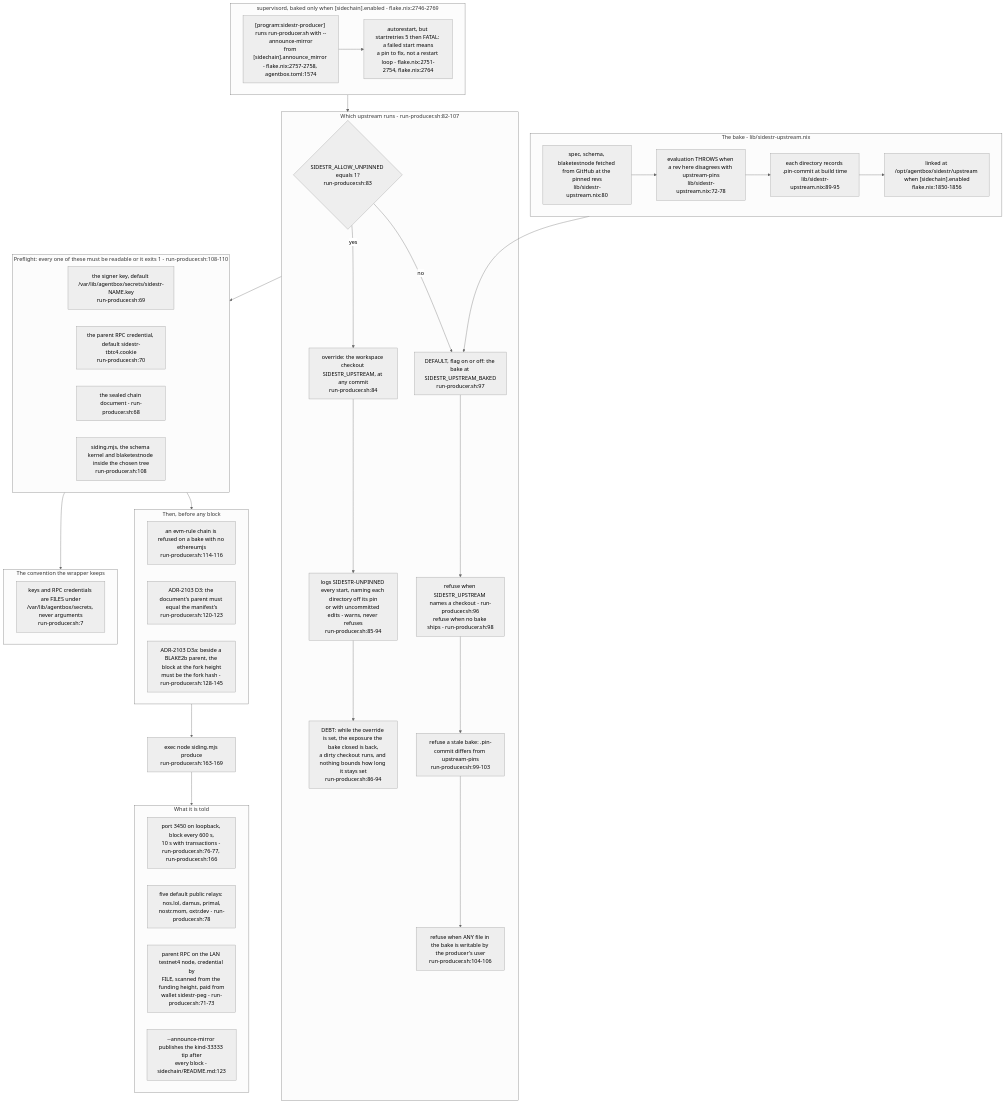
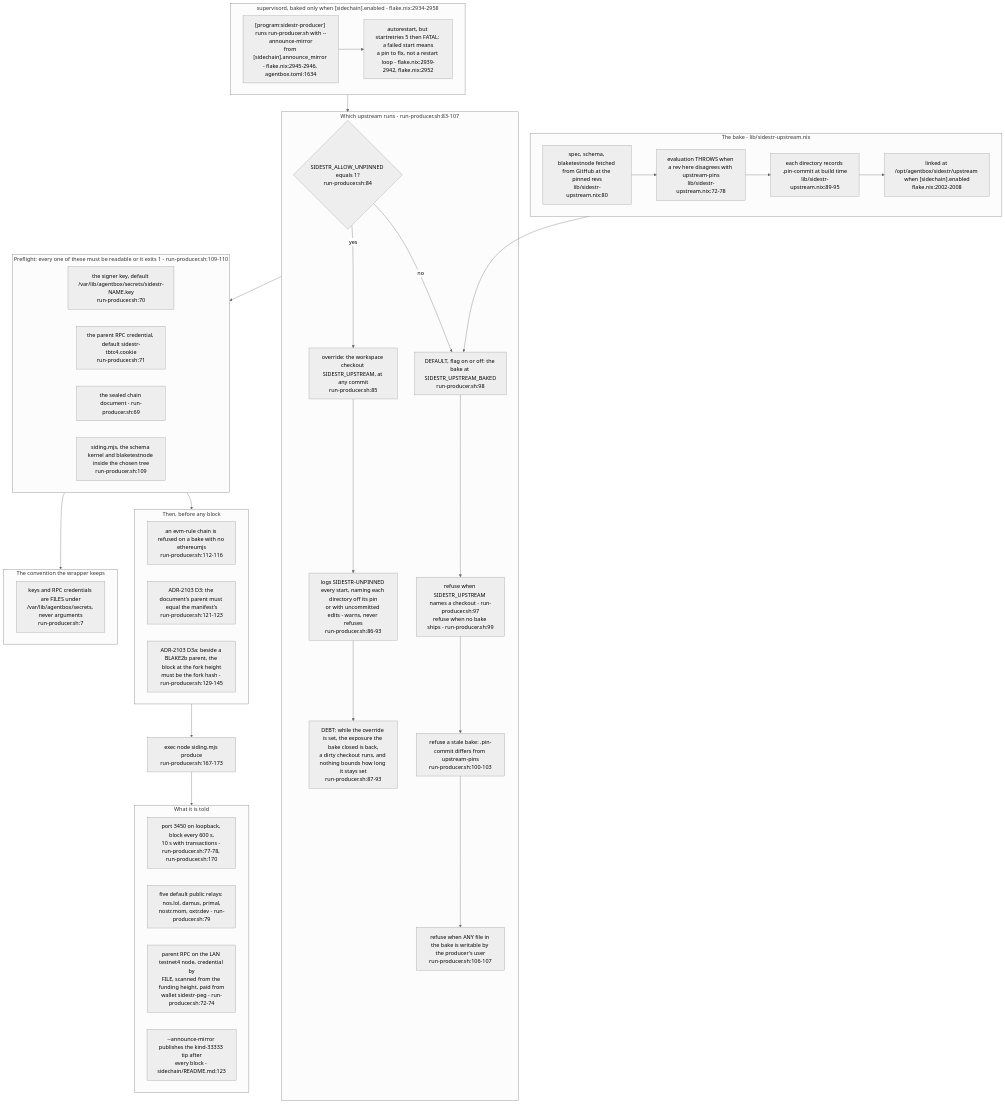
Before and after one commit to DreamLab-AI/VisionFlow: the first of 6 diagrams in docs/diagrams/agentbox/34-sidestr-interim-producer-and-mirror.md, drawn with Mermaid (neutral theme). The commit also changed other lines of this file and 111 other files, not shown here.

Commit message:
docs(diagrams): align estate maps with current source

````diff
--- a/docs/diagrams/agentbox/34-sidestr-interim-producer-and-mirror.md
+++ b/docs/diagrams/agentbox/34-sidestr-interim-producer-and-mirror.md
@@ -46,54 +46,54 @@
 ```mermaid
 flowchart TB
-    subgraph sup["supervisord, baked only when [sidechain].enabled - flake.nix:2746-2769"]
-        SP["[program:sidestr-producer] runs run-producer.sh with --announce-mirror<br/>from [sidechain].announce_mirror - flake.nix:2757-2758, agentbox.toml:1574"]
-        SR["autorestart, but startretries 5 then FATAL: a failed start means<br/>a pin to fix, not a restart loop - flake.nix:2751-2754, flake.nix:2764"]
+    subgraph sup["supervisord, baked only when [sidechain].enabled - flake.nix:2934-2958"]
+        SP["[program:sidestr-producer] runs run-producer.sh with --announce-mirror<br/>from [sidechain].announce_mirror - flake.nix:2945-2946, agentbox.toml:1634"]
+        SR["autorestart, but startretries 5 then FATAL: a failed start means<br/>a pin to fix, not a restart loop - flake.nix:2939-2942, flake.nix:2952"]
         SP --> SR
     end
     subgraph bake["The bake - lib/sidestr-upstream.nix"]
         B1["spec, schema, blaketestnode fetched from GitHub at the pinned revs<br/>lib/sidestr-upstream.nix:80"]
         B2["evaluation THROWS when a rev here disagrees with upstream-pins<br/>lib/sidestr-upstream.nix:72-78"]
         B3["each directory records .pin-commit at build time<br/>lib/sidestr-upstream.nix:89-95"]
-        B4["linked at /opt/agentbox/sidestr/upstream when [sidechain].enabled<br/>flake.nix:1850-1856"]
+        B4["linked at /opt/agentbox/sidestr/upstream when [sidechain].enabled<br/>flake.nix:2002-2008"]
         B1 --> B2 --> B3 --> B4
     end
-    subgraph pick["Which upstream runs - run-producer.sh:82-107"]
-        D{"SIDESTR_ALLOW_UNPINNED equals 1?<br/>run-producer.sh:83"}
-        BK["DEFAULT, flag on or off: the bake at SIDESTR_UPSTREAM_BAKED<br/>run-producer.sh:97"]
-        BK1["refuse when SIDESTR_UPSTREAM names a checkout - run-producer.sh:96<br/>refuse when no bake ships - run-producer.sh:98"]
-        BK2["refuse a stale bake: .pin-commit differs from upstream-pins<br/>run-producer.sh:99-103"]
-        BK3["refuse when ANY file in the bake is writable by the producer's user<br/>run-producer.sh:104-106"]
-        UN["override: the workspace checkout SIDESTR_UPSTREAM, at any commit<br/>run-producer.sh:84"]
-        UN1["logs SIDESTR-UNPINNED every start, naming each directory off its pin<br/>or with uncommitted edits - warns, never refuses<br/>run-producer.sh:85-94"]
-        UN2["DEBT: while the override is set, the exposure the bake closed is back,<br/>a dirty checkout runs, and nothing bounds how long it stays set<br/>run-producer.sh:86-94"]
+    subgraph pick["Which upstream runs - run-producer.sh:83-107"]
+        D{"SIDESTR_ALLOW_UNPINNED equals 1?<br/>run-producer.sh:84"}
+        BK["DEFAULT, flag on or off: the bake at SIDESTR_UPSTREAM_BAKED<br/>run-producer.sh:98"]
+        BK1["refuse when SIDESTR_UPSTREAM names a checkout - run-producer.sh:97<br/>refuse when no bake ships - run-producer.sh:99"]
+        BK2["refuse a stale bake: .pin-commit differs from upstream-pins<br/>run-producer.sh:100-103"]
+        BK3["refuse when ANY file in the bake is writable by the producer's user<br/>run-producer.sh:106-107"]
+        UN["override: the workspace checkout SIDESTR_UPSTREAM, at any commit<br/>run-producer.sh:85"]
+        UN1["logs SIDESTR-UNPINNED every start, naming each directory off its pin<br/>or with uncommitted edits - warns, never refuses<br/>run-producer.sh:86-93"]
+        UN2["DEBT: while the override is set, the exposure the bake closed is back,<br/>a dirty checkout runs, and nothing bounds how long it stays set<br/>run-producer.sh:87-93"]
         UN1 --> UN2
         D -->|no| BK --> BK1 --> BK2 --> BK3
         D -->|yes| UN --> UN1
     end
-    subgraph pre["Preflight: every one of these must be readable or it exits 1 - run-producer.sh:108-110"]
-        P1["the signer key, default /var/lib/agentbox/secrets/sidestr-NAME.key<br/>run-producer.sh:69"]
-        P2["the parent RPC credential, default sidestr-tbtc4.cookie<br/>run-producer.sh:70"]
-        P3["the sealed chain document - run-producer.sh:68"]
-        P4["siding.mjs, the schema kernel and blaketestnode inside the chosen tree<br/>run-producer.sh:108"]
+    subgraph pre["Preflight: every one of these must be readable or it exits 1 - run-producer.sh:109-110"]
+        P1["the signer key, default /var/lib/agentbox/secrets/sidestr-NAME.key<br/>run-producer.sh:70"]
+        P2["the parent RPC credential, default sidestr-tbtc4.cookie<br/>run-producer.sh:71"]
+        P3["the sealed chain document - run-producer.sh:69"]
+        P4["siding.mjs, the schema kernel and blaketestnode inside the chosen tree<br/>run-producer.sh:109"]
     end
     subgraph gates["Then, before any block"]
-        G1["an evm-rule chain is refused on a bake with no ethereumjs<br/>run-producer.sh:114-116"]
-        G2["ADR-2103 D3: the document's parent must equal the manifest's<br/>run-producer.sh:120-123"]
-        G3["ADR-2103 D3a: beside a BLAKE2b parent, the block at the fork height<br/>must be the fork hash - run-producer.sh:128-145"]
+        G1["an evm-rule chain is refused on a bake with no ethereumjs<br/>run-producer.sh:112-116"]
+        G2["ADR-2103 D3: the document's parent must equal the manifest's<br/>run-producer.sh:121-123"]
+        G3["ADR-2103 D3a: beside a BLAKE2b parent, the block at the fork height<br/>must be the fork hash - run-producer.sh:129-145"]
     end
     sup --> pick
     bake --> BK
     pick --> pre --> gates
-    gates --> EXEC["exec node siding.mjs produce<br/>run-producer.sh:163-169"]
+    gates --> EXEC["exec node siding.mjs produce<br/>run-producer.sh:167-173"]
     subgraph args["What it is told"]
-        A1["port 3450 on loopback, block every 600 s,<br/>10 s with transactions - run-producer.sh:76-77, run-producer.sh:166"]
-        A2["five default public relays: nos.lol, damus, primal,<br/>nostr.mom, oxtr.dev - run-producer.sh:78"]
-        A3["parent RPC on the LAN testnet4 node, credential by<br/>FILE, scanned from the funding height, paid from<br/>wallet sidestr-peg - run-producer.sh:71-73"]
+        A1["port 3450 on loopback, block every 600 s,<br/>10 s with transactions - run-producer.sh:77-78, run-producer.sh:170"]
+        A2["five default public relays: nos.lol, damus, primal,<br/>nostr.mom, oxtr.dev - run-producer.sh:79"]
+        A3["parent RPC on the LAN testnet4 node, credential by<br/>FILE, scanned from the funding height, paid from<br/>wallet sidestr-peg - run-producer.sh:72-74"]
         A4["--announce-mirror publishes the kind-33333 tip after<br/>every block - sidechain/README.md:123"]
     end
     EXEC --> args
     subgraph rule["The convention the wrapper keeps"]
         R["keys and RPC credentials are FILES under<br/>/var/lib/agentbox/secrets, never arguments<br/>run-producer.sh:7"]
     end
     pre --> rule
 ```
````
